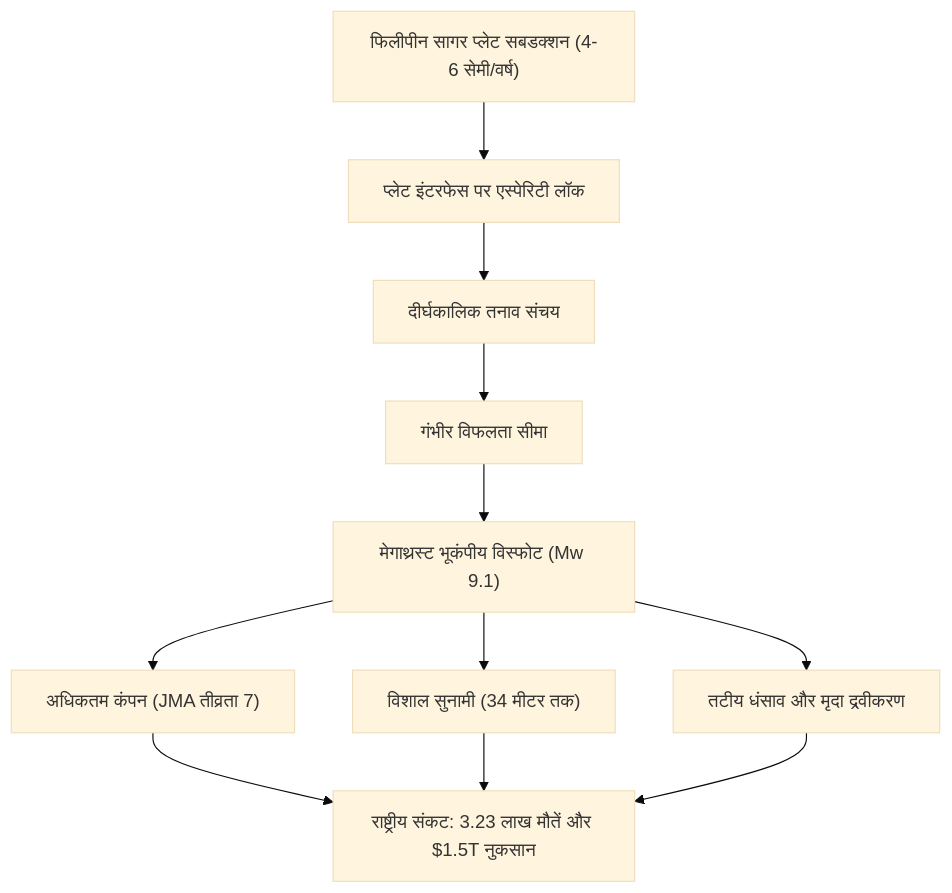
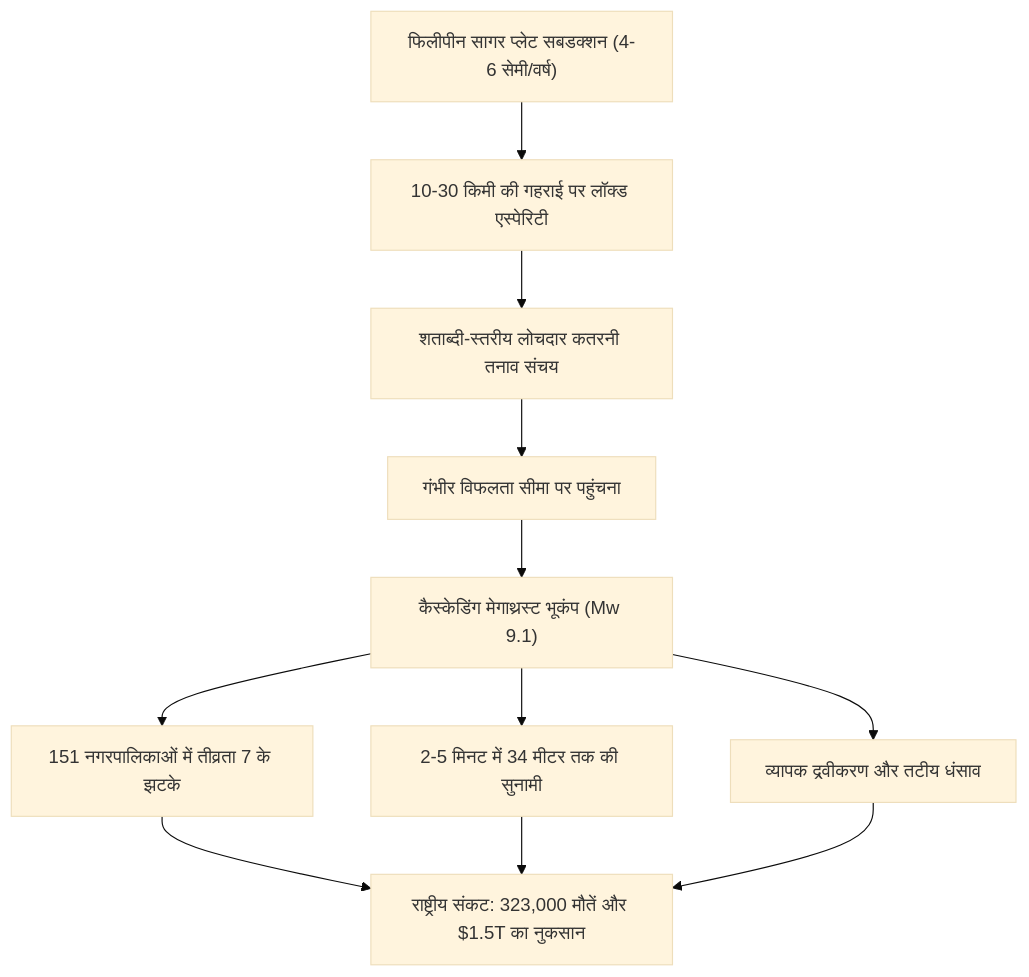
The diagram in content/post/nankai-trough-megathrust-earthquake-scientific-guide-disaster-prevention/index.hi.md (kenjinote/blog), drawn with Mermaid (base theme) before and after one commit. The commit also changed other lines of this file and 12 other files, not shown here.

````diff
--- a/content/post/nankai-trough-megathrust-earthquake-scientific-guide-disaster-prevention/index.hi.md
+++ b/content/post/nankai-trough-megathrust-earthquake-scientific-guide-disaster-prevention/index.hi.md
@@ -17,13 +27,11 @@
 ```mermaid
 flowchart TD
-    P1["फिलीपीन सागर प्लेट सबडक्शन (4-6 सेमी/वर्ष)"] --> P2["प्लेट इंटरफेस पर एस्पेरिटी लॉक"]
-    P2 --> P3["दीर्घकालिक तनाव संचय"]
-    P3 --> P4["गंभीर विफलता सीमा"]
-    P4 --> P5["मेगाथ्रस्ट भूकंपीय विस्फोट (Mw 9.1)"]
-    P5 --> E1["अधिकतम कंपन (JMA तीव्रता 7)"]
-    P5 --> E2["विशाल सुनामी (34 मीटर तक)"]
-    P5 --> E3["तटीय धंसाव और मृदा द्रवीकरण"]
-    E1 --> TOTAL["राष्ट्रीय संकट: 3.23 लाख मौतें और $1.5T नुकसान"]
-    E2 --> TOTAL
-    E3 --> TOTAL
+    P1["फिलीपीन सागर प्लेट सबडक्शन (4-6 सेमी/वर्ष)"] --> P2["10-30 किमी की गहराई पर लॉक्ड एस्पेरिटी"]
+    P2 --> P3["शताब्दी-स्तरीय लोचदार कतरनी तनाव संचय"]
+    P3 --> P4["गंभीर विफलता सीमा पर पहुंचना"]
+    P4 --> P5["कैस्केडिंग मेगाथ्रस्ट भूकंप (Mw 9.1)"]
+    P5 --> E1["151 नगरपालिकाओं में तीव्रता 7 के झटके"]
+    P5 --> E2["2-5 मिनट में 34 मीटर तक की सुनामी"]
+    P5 --> E3["व्यापक द्रवीकरण और तटीय धंसाव"]
+    E1 & E2 & E3 --> TOTAL["राष्ट्रीय संकट: 323,000 मौतें और $1.5T का नुकसान"]
 ```
````
